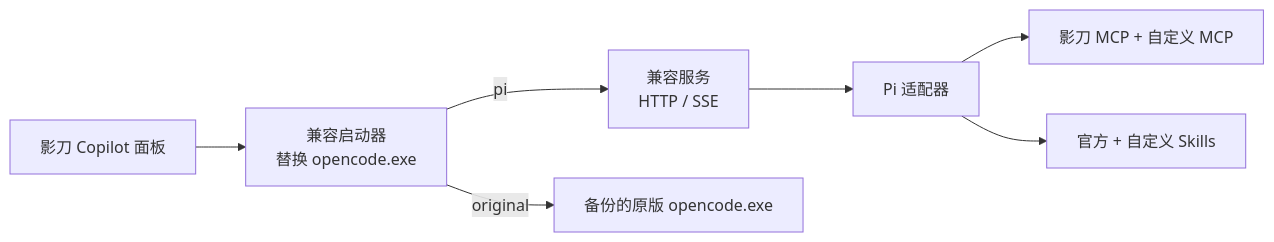
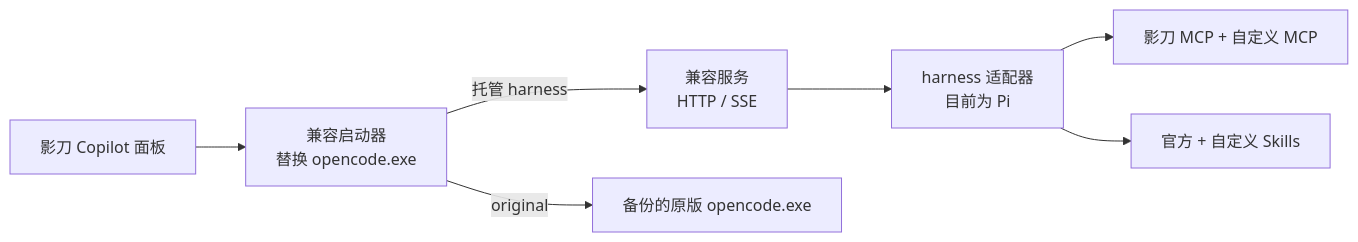
Before and after one commit to wjiajian/shadowbot-switch: the diagram in README.md, drawn with Mermaid. The commit also changed other lines of this file, not shown here.

````diff
--- a/README.md
+++ b/README.md
@@ -38,9 +38,9 @@
 ```mermaid
 flowchart LR
     UI[影刀 Copilot 面板] --> L[兼容启动器<br/>替换 opencode.exe]
-    L -->|pi| S[兼容服务<br/>HTTP / SSE]
-    S --> A[Pi 适配器]
+    L -->|托管 harness| S[兼容服务<br/>HTTP / SSE]
+    S --> A[harness 适配器<br/>目前为 Pi]
     A --> MCP[影刀 MCP + 自定义 MCP]
     A --> SK[官方 + 自定义 Skills]
     L -->|original| O[备份的原版 opencode.exe]
 ```
````
